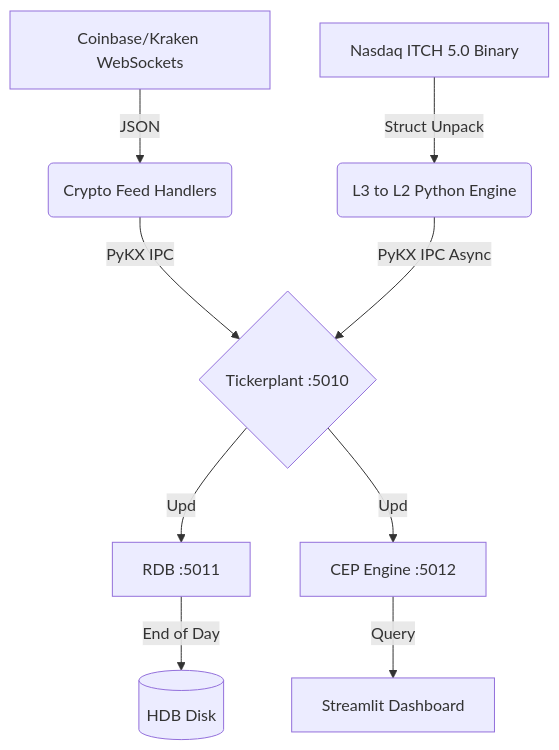
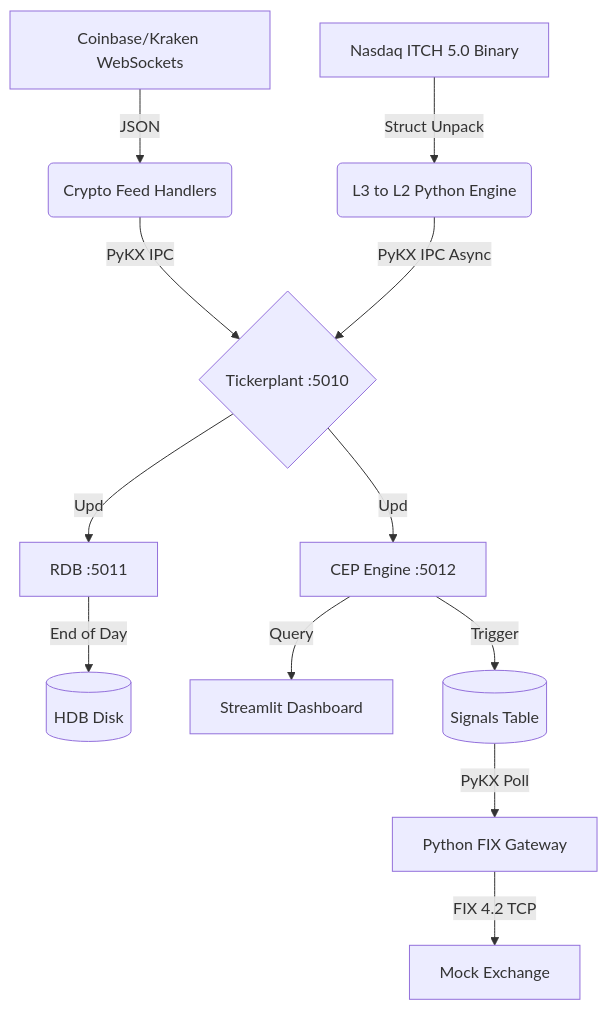
One commit to m-jonas/kdb-project changed the diagram in README.md. Above: the diagram before and after it, drawn with Mermaid.

Commit message:
diagram reflects latest changes

````diff
--- a/README.md
+++ b/README.md
@@ -27,11 +27,19 @@
 ```mermaid
 graph TD
+    %% Market Data
     A[Coinbase/Kraken WebSockets] -->|JSON| B(Crypto Feed Handlers)
     I[Nasdaq ITCH 5.0 Binary] -->|Struct Unpack| J(L3 to L2 Python Engine)
+    
+    %% KDB+ Infrastructure
     B -->|PyKX IPC| C{Tickerplant :5010}
     J -->|PyKX IPC Async| C
     C -->|Upd| D[RDB :5011]
     C -->|Upd| E[CEP Engine :5012]
     D -->|End of Day| F[(HDB Disk)]
     E -->|Query| G[Streamlit Dashboard]
+    
+    %% Algo Execution
+    E -->|Trigger| K[(Signals Table)]
+    K -->|PyKX Poll| L[Python FIX Gateway]
+    L -->|FIX 4.2 TCP| M[Mock Exchange]
 ```
````
